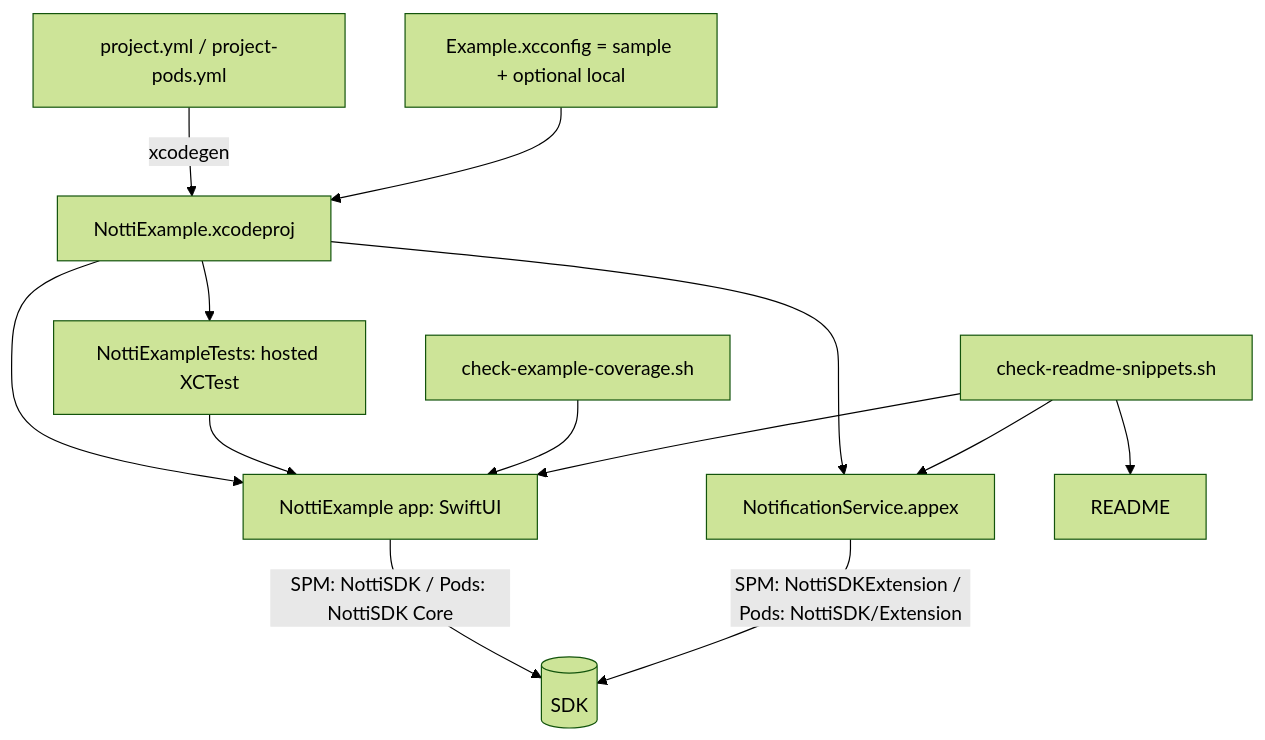
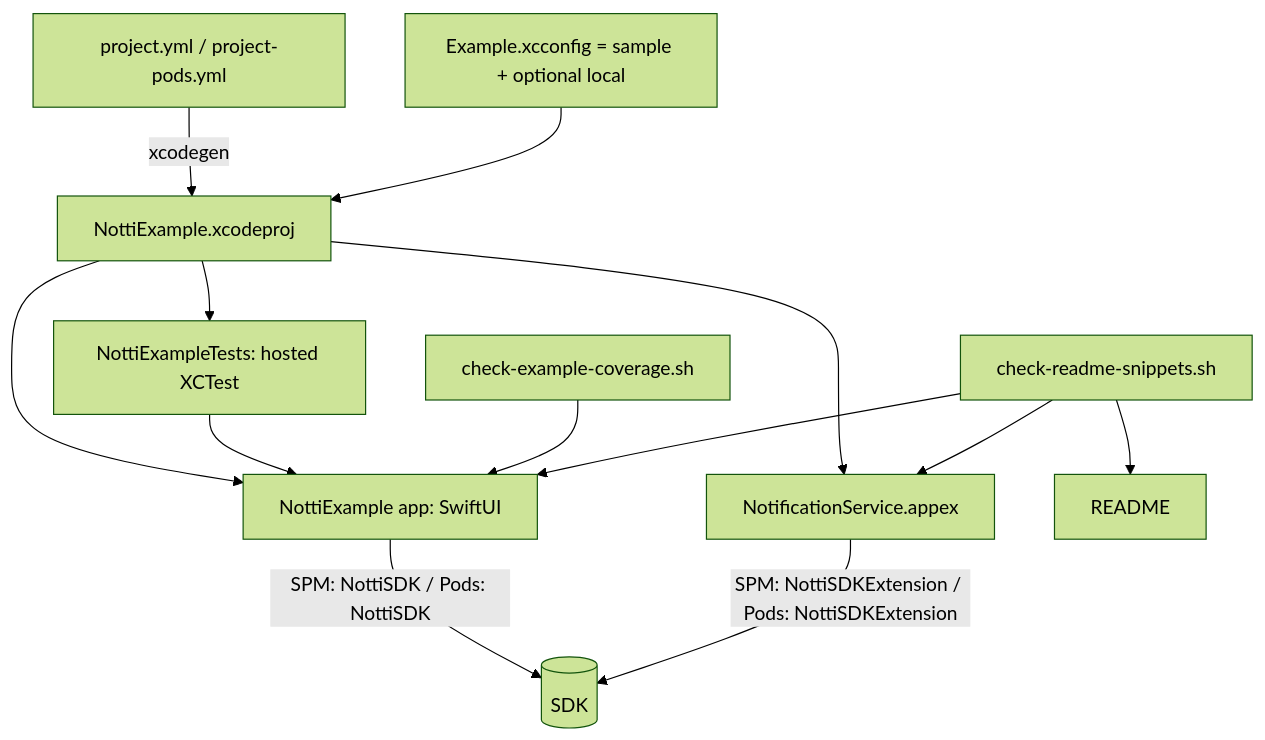
The diagram in .specs/features/example-and-release/design.md (zeeplabs/zeep-notti-ios-sdk), drawn with Mermaid (forest theme) before and after one commit. The commit also changed other lines of this file and 2 other files, not shown here.

````diff
--- a/.specs/features/example-and-release/design.md
+++ b/.specs/features/example-and-release/design.md
@@ -29,15 +29,15 @@
 ```mermaid
 graph TD
     SPEC[project.yml / project-pods.yml] -->|xcodegen| PRJ[NottiExample.xcodeproj]
     CFG[Example.xcconfig = sample + optional local] --> PRJ
     PRJ --> APP[NottiExample app: SwiftUI]
     PRJ --> NSE[NotificationService.appex]
     PRJ --> TST[NottiExampleTests: hosted XCTest]
-    APP -->|SPM: NottiSDK / Pods: NottiSDK Core| SDK[(SDK)]
-    NSE -->|SPM: NottiSDKExtension / Pods: NottiSDK/Extension| SDK
+    APP -->|SPM: NottiSDK / Pods: NottiSDK| SDK[(SDK)]
+    NSE -->|SPM: NottiSDKExtension / Pods: NottiSDKExtension| SDK
     TST --> APP
     S1[check-example-coverage.sh] --> APP
     S2[check-readme-snippets.sh] --> README
     S2 --> APP
     S2 --> NSE
 ```
````
